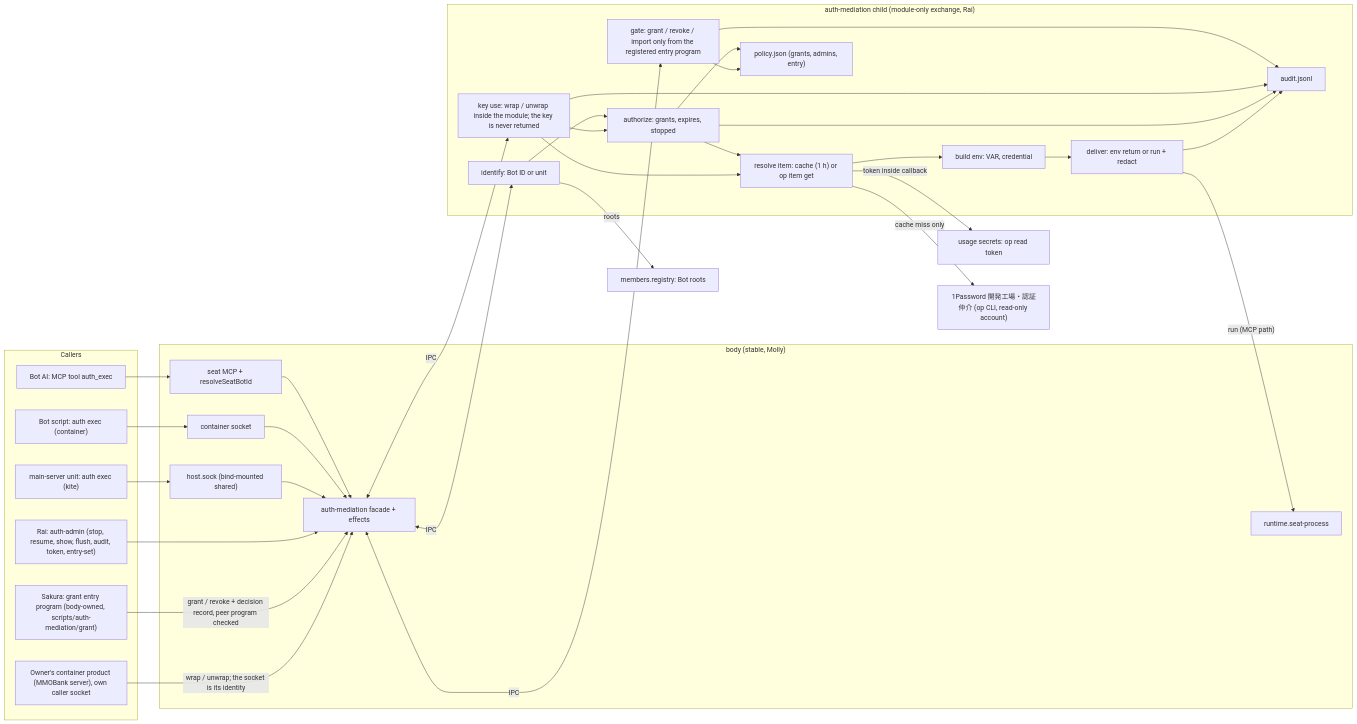
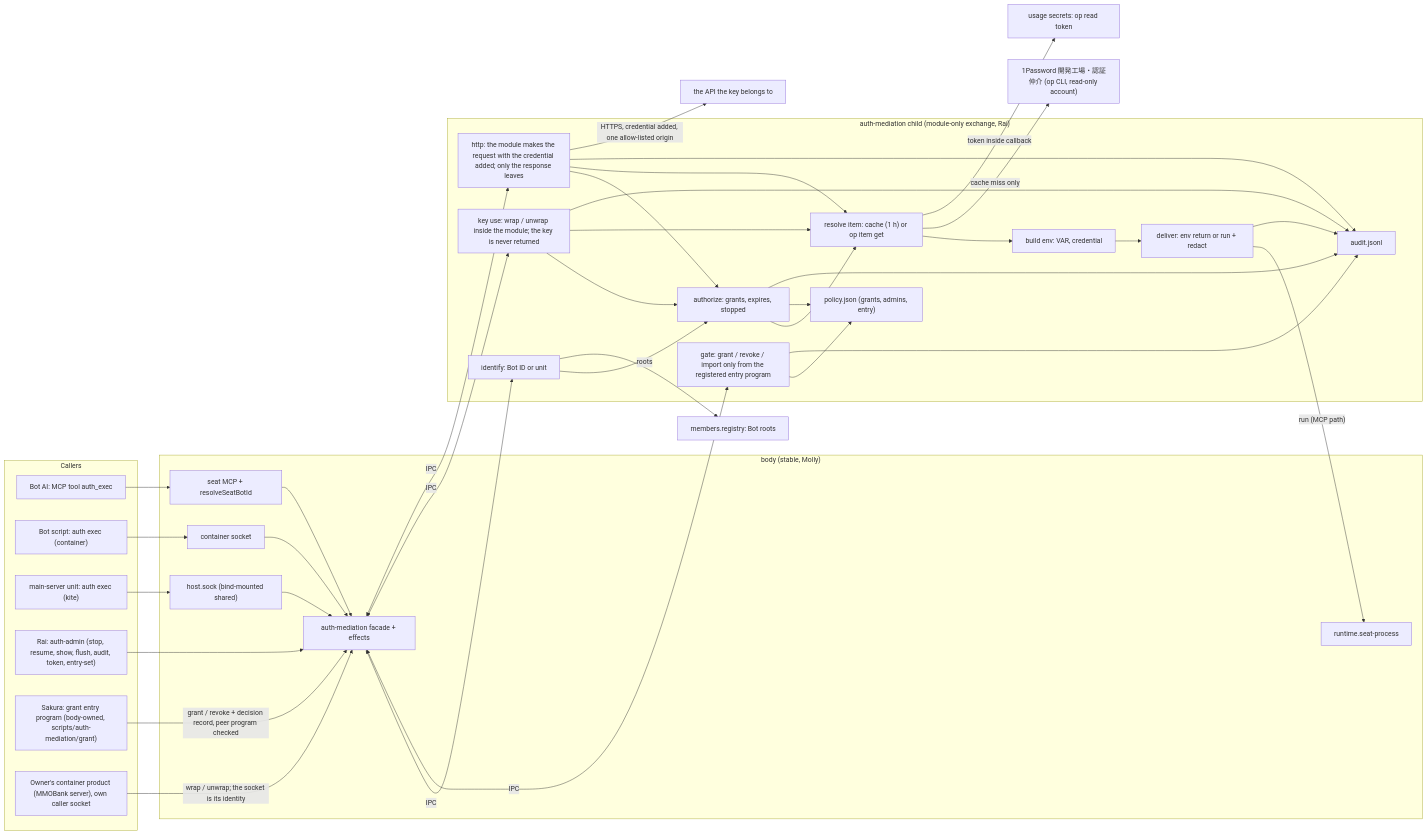
The first of 2 diagrams in docs/architecture/modules/auth-mediation/README.md (kitepon/BellTeam), drawn with Mermaid before and after one commit. The commit also changed other lines of this file and 12 other files, not shown here.

First line of the commit message:
auth-mediation: http operation, the module makes the request with the credential added (authmed-http-op)

````diff
--- a/docs/architecture/modules/auth-mediation/README.md
+++ b/docs/architecture/modules/auth-mediation/README.md
@@ -80,51 +80,56 @@
 ```mermaid
 flowchart LR
   subgraph Callers
     AI["Bot AI: MCP tool auth_exec"]
     Script["Bot script: auth exec (container)"]
     Host["main-server unit: auth exec (kite)"]
     Admin["Rai: auth-admin (stop, resume, show, flush, audit, token, entry-set)"]
     Entry["Sakura: grant entry program (body-owned, scripts/auth-mediation/grant)"]
     Product["Owner's container product (MMOBank server), own caller socket"]
   end
   subgraph Body["body (stable, Molly)"]
     MCP["seat MCP + resolveSeatBotId"]
     SeatSock["container socket"]
     HostSock["host.sock (bind-mounted shared)"]
     Facade["auth-mediation facade + effects"]
     Runner["runtime.seat-process"]
   end
   subgraph Child["auth-mediation child (module-only exchange, Rai)"]
     Ident["identify: Bot ID or unit"]
     Auth["authorize: grants, expires, stopped"]
     Items["resolve item: cache (1 h) or op item get"]
     Env["build env: VAR, credential"]
     Deliver["deliver: env return or run + redact"]
     Audit["audit.jsonl"]
     Policy["policy.json (grants, admins, entry)"]
     Gate["gate: grant / revoke / import only from the registered entry program"]
     KeyUse["key use: wrap / unwrap inside the module; the key is never returned"]
+    Http["http: the module makes the request with the credential added; only the response leaves"]
   end
   Usage["usage secrets: op read token"]
   Members["members.registry: Bot roots"]
   OP["1Password 開発工場・認証仲介 (op CLI, read-only account)"]
   AI --> MCP --> Facade
   Script --> SeatSock --> Facade
   Host --> HostSock --> Facade
   Admin --> Facade
   Entry -->|"grant / revoke + decision record, peer program checked"| Facade
   Product -->|"wrap / unwrap; the socket is its identity"| Facade
   Facade <-->|IPC| Ident --> Auth --> Items --> Env --> Deliver
   Auth --> Policy
   Facade <-->|IPC| Gate --> Policy
   Gate --> Audit
   Facade <-->|IPC| KeyUse --> Auth
   KeyUse --> Items
   KeyUse --> Audit
+  Facade <-->|IPC| Http --> Auth
+  Http --> Items
+  Http --> Audit
+  Http -->|"HTTPS, credential added, one allow-listed origin"| Target["the API the key belongs to"]
   Items -->|cache miss only| OP
   Items -->|token inside callback| Usage
   Ident -->|roots| Members
   Deliver -->|"run (MCP path)"| Runner
   Auth --> Audit
   Deliver --> Audit
 ```
````
